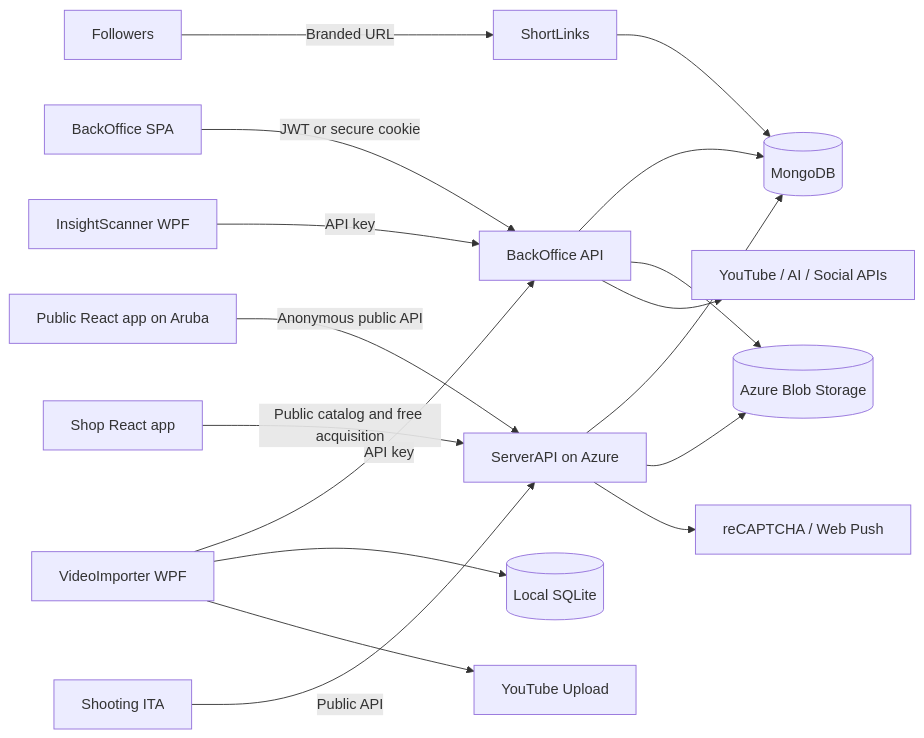
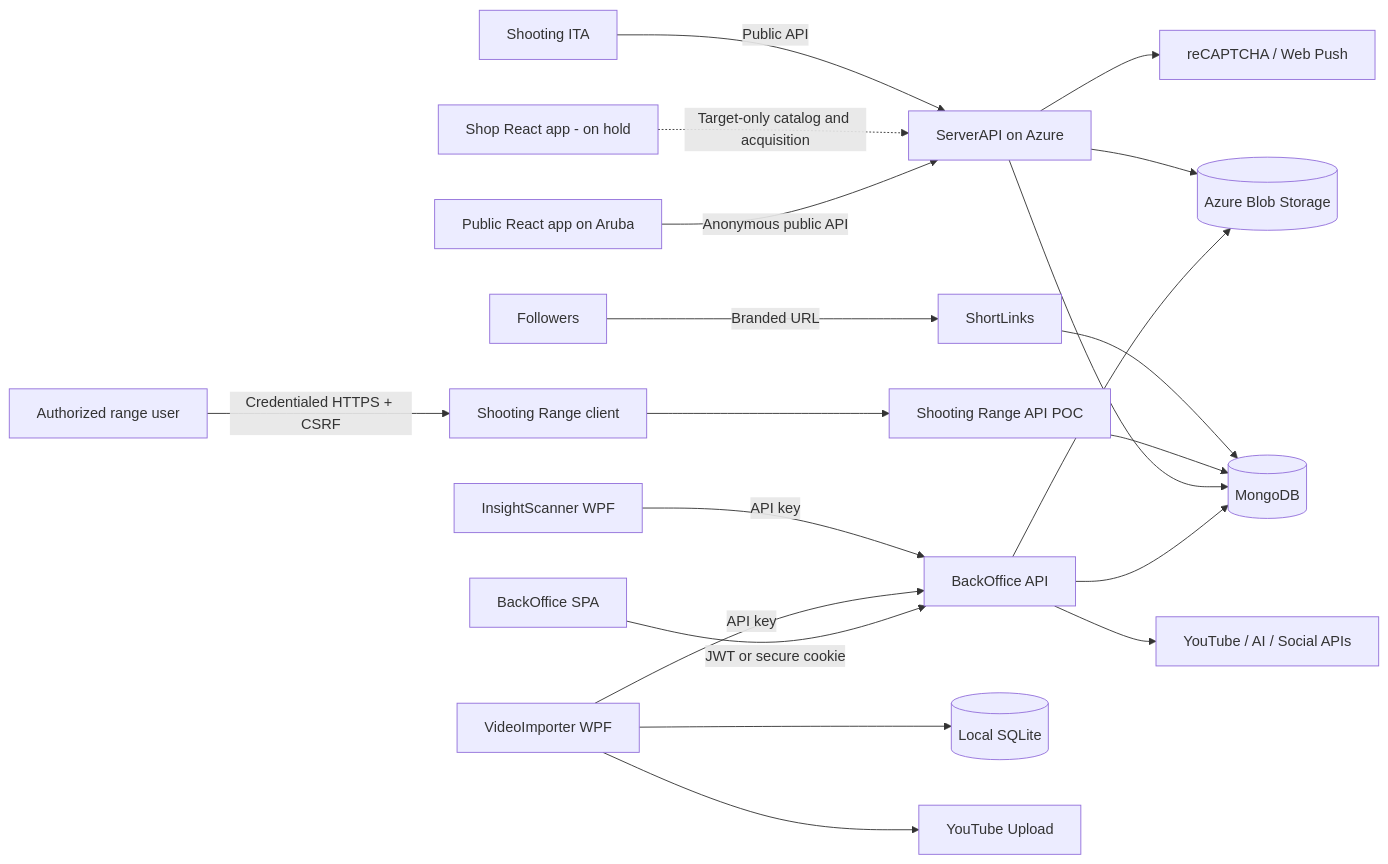
One commit to morganpizzini/MorWalPizVideo changed the first of 2 diagrams in docs/architecture/overview.md. Above: the diagram before and after it, drawn with Mermaid. The commit also changed other lines of this file and 116 other files, not shown here.

````diff
--- a/docs/architecture/overview.md
+++ b/docs/architecture/overview.md
@@ -9,19 +9,22 @@
 ```mermaid
 flowchart LR
     Admin[BackOffice SPA] -->|JWT or secure cookie| BO[BackOffice API]
     Public[Public React app on Aruba] -->|Anonymous public API| API[ServerAPI on Azure]
-    Shop[Shop React app] -->|Public catalog and free acquisition| API
+    Shop[Shop React app - on hold] -.->|Target-only catalog and acquisition| API
     Shooting[Shooting ITA] -->|Public API| API
+    RangeUser[Authorized range user] -->|Credentialed HTTPS + CSRF| RangeClient[Shooting Range client]
+    RangeClient --> RangeAPI[Shooting Range API POC]
     Importer[VideoImporter WPF] -->|API key| BO
     Scanner[InsightScanner WPF] -->|API key| BO
     Followers[Followers] -->|Branded URL| SL[ShortLinks]
     BO --> Mongo[(MongoDB)]
     API --> Mongo
+    RangeAPI --> Mongo
     SL --> Mongo
     BO --> Blob[(Azure Blob Storage)]
     API --> Blob
     BO --> External[YouTube / AI / Social APIs]
     API --> PublicExternal[reCAPTCHA / Web Push]
     Importer --> SQLite[(Local SQLite)]
     Importer --> YouTube[YouTube Upload]
 ```
````
